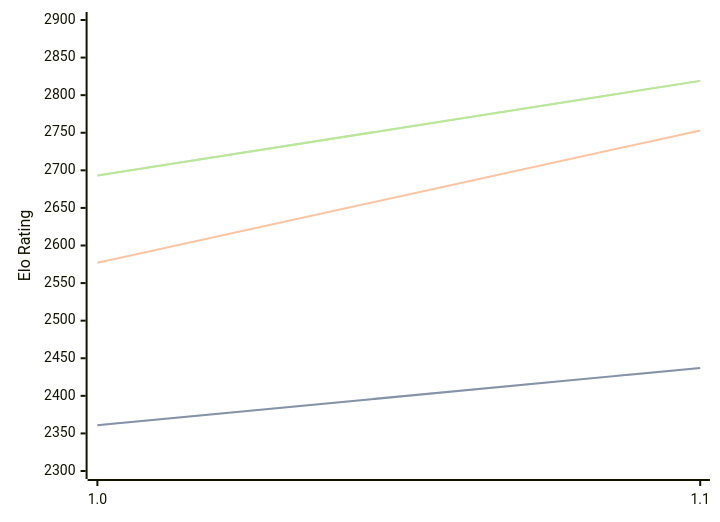
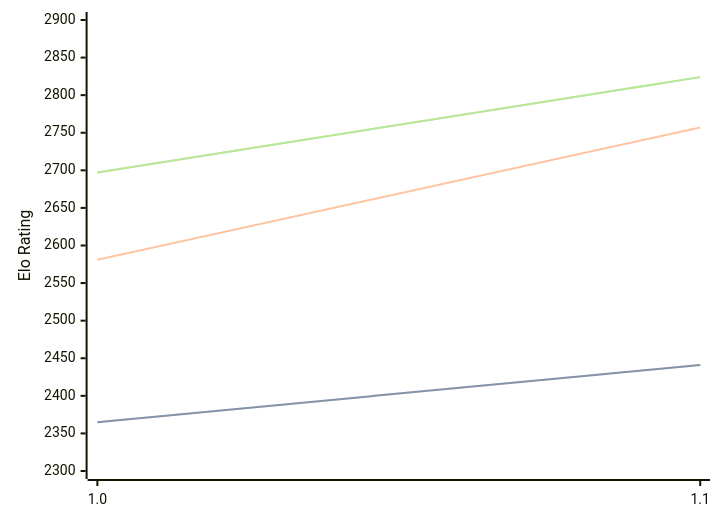
One commit to computer-chess-index/cci changed the diagram in engines/FoxChess.md. Above: the diagram before and after it, drawn with Mermaid. The commit also changed other lines of this file, not shown here.

Commit message:
Update CCI Ratings (ELO VLTC) - 2026-05-02

````diff
--- a/engines/FoxChess.md
+++ b/engines/FoxChess.md
@@ -32,11 +32,11 @@
 ```mermaid
 %%{init: {"theme":"base","themeVariables":{"seriesColors:['#a3a3a3','#222221','#faa371']}}}%%
 xychart-beta
   x-axis ["1.0", "1.1"]
   y-axis "Elo Rating" 2300 --> 2900
-  line "STC (8.0+0.08s)" [2361, 2437]
-  line "STC (8.0+0.08s)" [2361, 2437]
-  line "LTC (60.0+0.60s)" [2577, 2753]
-  line "VLTC (2m24s+1.12s)" [2693, 2819]
-  line "VLTC (2m24s+1.12s)" [2693, 2819]
+  line "STC (8.0+0.08s)" [2365, 2441]
+  line "STC (8.0+0.08s)" [2365, 2441]
+  line "LTC (60.0+0.60s)" [2581, 2757]
+  line "VLTC (2m24s+1.12s)" [2697, 2824]
+  line "VLTC (2m24s+1.12s)" [2697, 2824]
 ```
````
